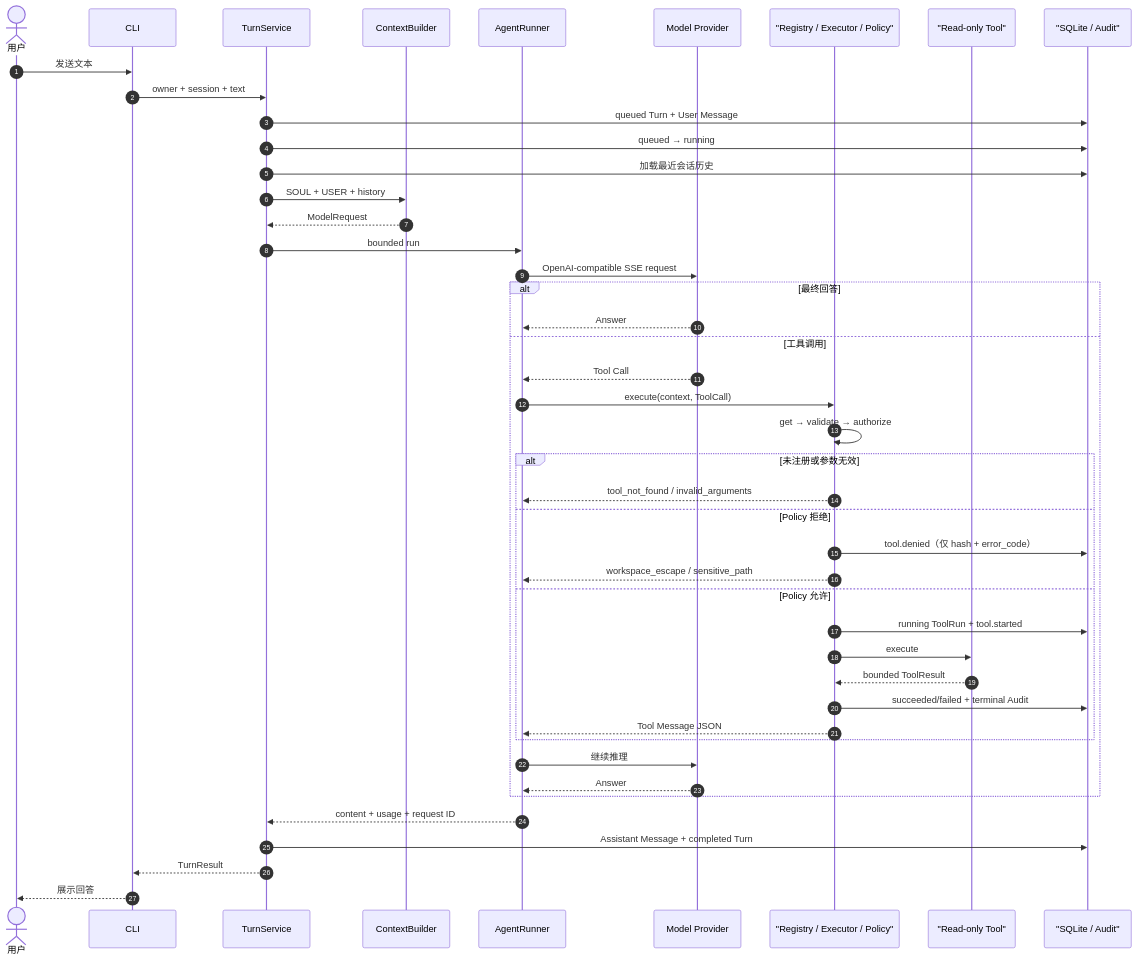
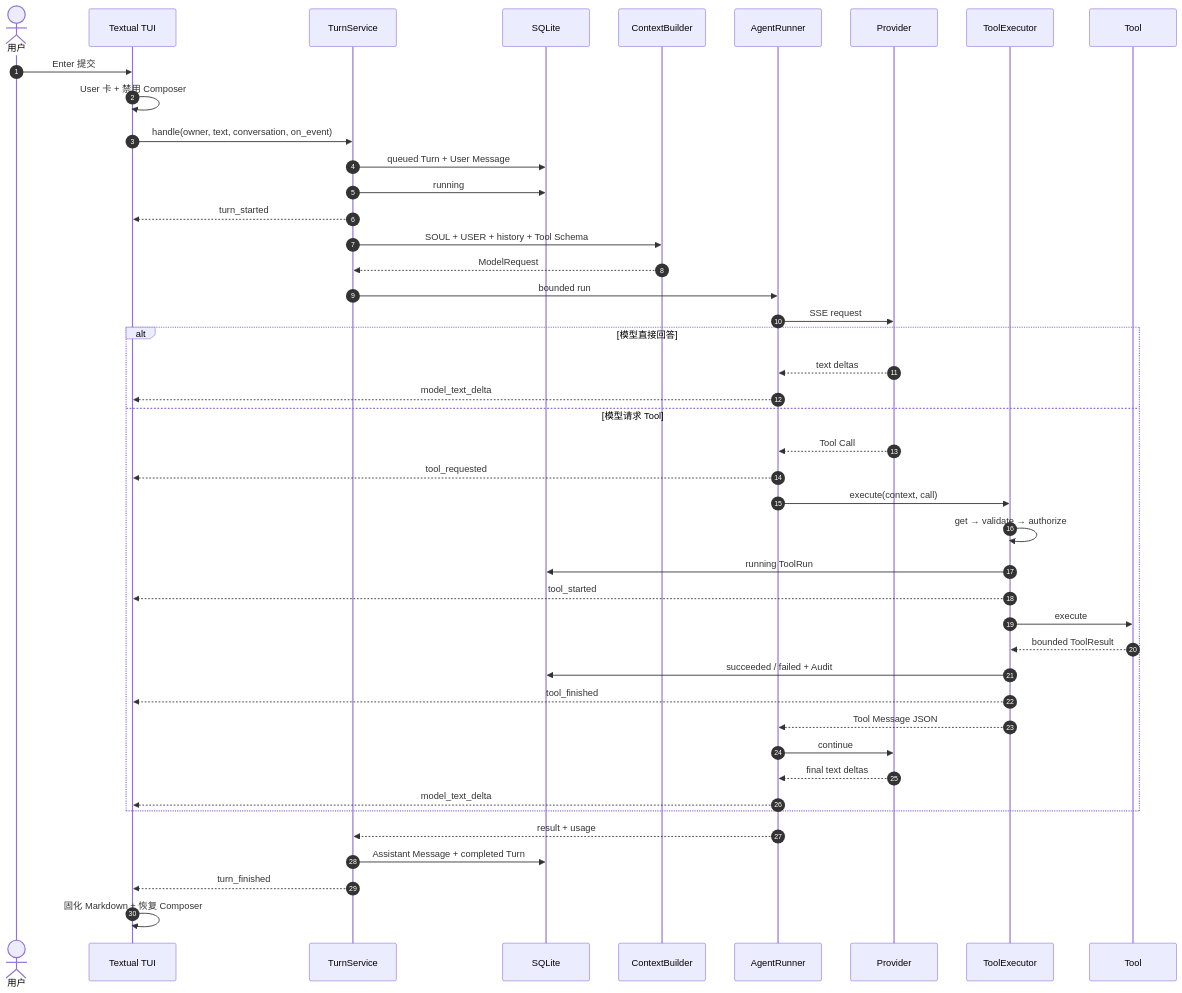
The fourth of 9 diagrams in docs/architecture/20260807_系统架构.md (NEDONION/lobster0), drawn with Mermaid before and after one commit. The commit also changed other lines of this file and 14 other files, not shown here.

````diff
--- a/docs/architecture/20260807_系统架构.md
+++ b/docs/architecture/20260807_系统架构.md
@@ -133,48 +78,47 @@
 ```mermaid
 sequenceDiagram
     autonumber
     actor User as 用户
-    participant Channel as CLI
+    participant UI as Textual TUI
     participant Turn as TurnService
+    participant Store as SQLite
     participant Context as ContextBuilder
     participant Agent as AgentRunner
-    participant Model as Model Provider
-    participant Exec as "Registry / Executor / Policy"
-    participant Tool as "Read-only Tool"
-    participant Store as "SQLite / Audit"
+    participant Model as Provider
+    participant Exec as ToolExecutor
+    participant Tool as Tool
 
-    User->>Channel: 发送文本
-    Channel->>Turn: owner + session + text
+    User->>UI: Enter 提交
+    UI->>UI: User 卡 + 禁用 Composer
+    UI->>Turn: handle(owner, text, conversation, on_event)
     Turn->>Store: queued Turn + User Message
-    Turn->>Store: queued → running
-    Turn->>Store: 加载最近会话历史
-    Turn->>Context: SOUL + USER + history
+    Turn->>Store: running
+    Turn-->>UI: turn_started
+    Turn->>Context: SOUL + USER + history + Tool Schema
     Context-->>Turn: ModelRequest
     Turn->>Agent: bounded run
-    Agent->>Model: OpenAI-compatible SSE request
-    alt 最终回答
-        Model-->>Agent: Answer
-    else 工具调用
+    Agent->>Model: SSE request
+    alt 模型直接回答
+        Model-->>Agent: text deltas
+        Agent-->>UI: model_text_delta
+    else 模型请求 Tool
         Model-->>Agent: Tool Call
-        Agent->>Exec: execute(context, ToolCall)
+        Agent-->>UI: tool_requested
+        Agent->>Exec: execute(context, call)
         Exec->>Exec: get → validate → authorize
-        alt 未注册或参数无效
-            Exec-->>Agent: tool_not_found / invalid_arguments
-        else Policy 拒绝
-            Exec->>Store: tool.denied（仅 hash + error_code）
-            Exec-->>Agent: workspace_escape / sensitive_path
-        else Policy 允许
-            Exec->>Store: running ToolRun + tool.started
-            Exec->>Tool: execute
-            Tool-->>Exec: bounded ToolResult
-            Exec->>Store: succeeded/failed + terminal Audit
-            Exec-->>Agent: Tool Message JSON
-        end
-        Agent->>Model: 继续推理
-        Model-->>Agent: Answer
+        Exec->>Store: running ToolRun
+        Exec-->>UI: tool_started
+        Exec->>Tool: execute
+        Tool-->>Exec: bounded ToolResult
+        Exec->>Store: succeeded / failed + Audit
+        Exec-->>UI: tool_finished
+        Exec-->>Agent: Tool Message JSON
+        Agent->>Model: continue
+        Model-->>Agent: final text deltas
+        Agent-->>UI: model_text_delta
     end
-    Agent-->>Turn: content + usage + request ID
+    Agent-->>Turn: result + usage
     Turn->>Store: Assistant Message + completed Turn
-    Turn-->>Channel: TurnResult
-    Channel-->>User: 展示回答
+    Turn-->>UI: turn_finished
+    UI->>UI: 固化 Markdown + 恢复 Composer
 ```
````
